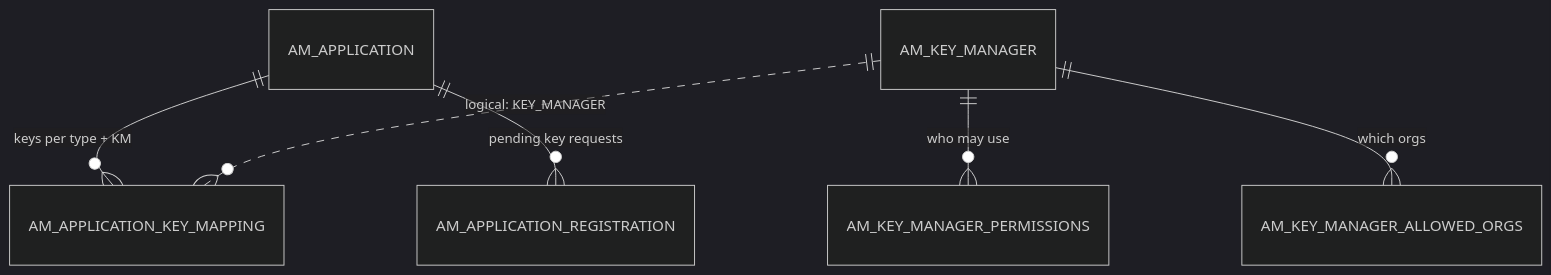
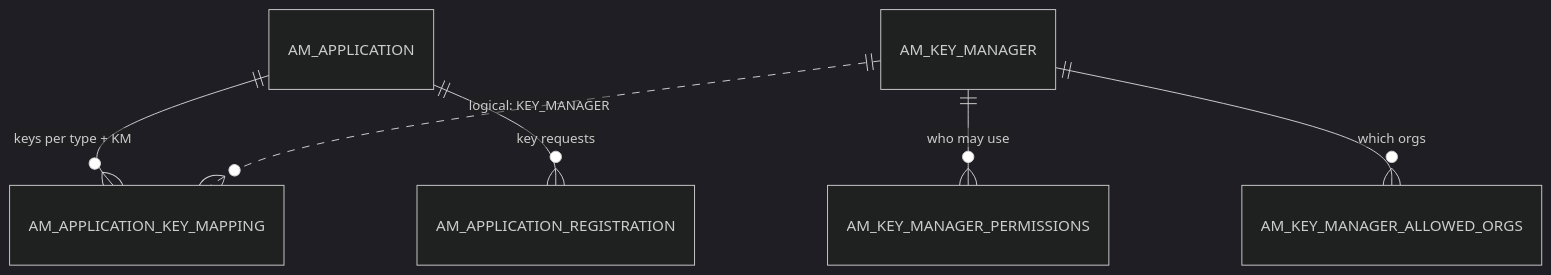
One commit to SaviNimz/apim-db-docs changed the first of 3 diagrams in docs/apim-4/domains/keys-tokens.md. Above: the diagram before and after it, drawn with Mermaid (dark theme). The commit also changed other lines of this file and 55 other files, not shown here.

First line of the commit message:
Verify all core flows against running 3.2.0 and 4.7.0 servers

````diff
--- a/docs/apim-4/domains/keys-tokens.md
+++ b/docs/apim-4/domains/keys-tokens.md
@@ -23,8 +23,8 @@
 ```mermaid
 erDiagram
     AM_APPLICATION ||--o{ AM_APPLICATION_KEY_MAPPING : "keys per type + KM"
-    AM_APPLICATION ||--o{ AM_APPLICATION_REGISTRATION : "pending key requests"
+    AM_APPLICATION ||--o{ AM_APPLICATION_REGISTRATION : "key requests"
     AM_KEY_MANAGER ||..o{ AM_APPLICATION_KEY_MAPPING : "logical: KEY_MANAGER"
     AM_KEY_MANAGER ||--o{ AM_KEY_MANAGER_PERMISSIONS : "who may use"
     AM_KEY_MANAGER ||--o{ AM_KEY_MANAGER_ALLOWED_ORGS : "which orgs"
 ```
````
